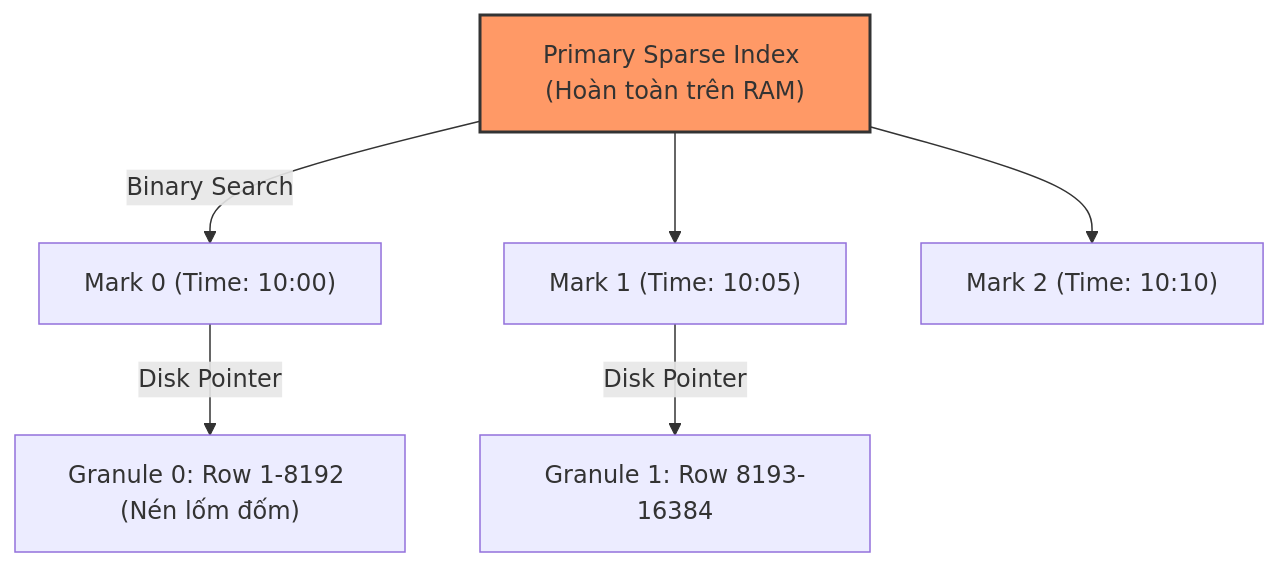
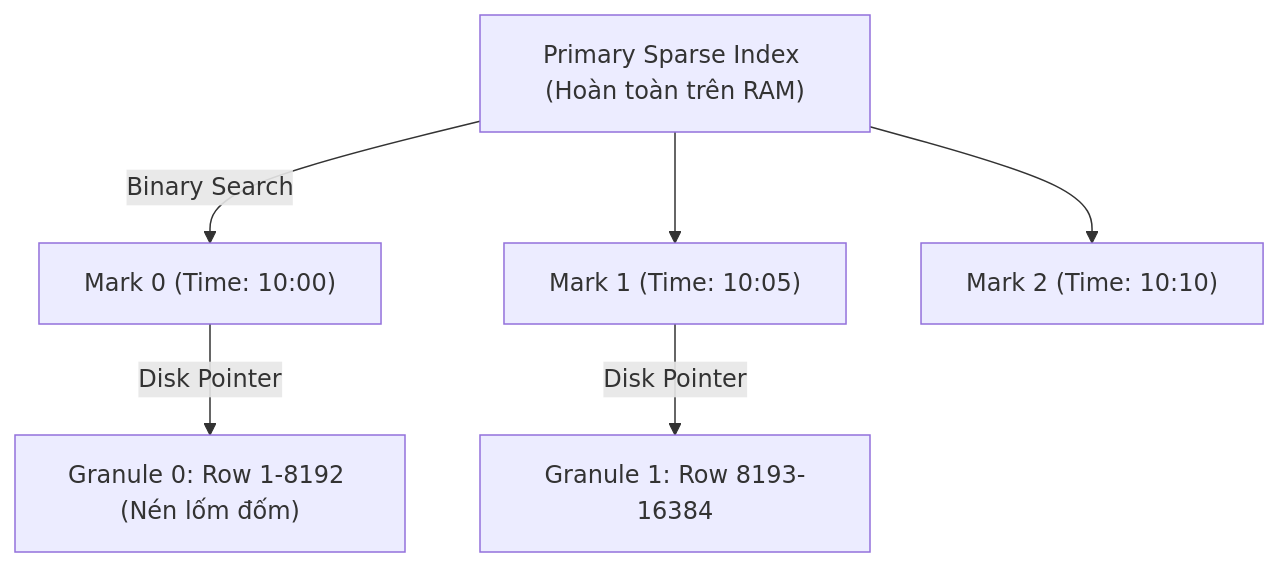
One commit to kythuatdulieu/kythuatdulieu.github.io changed the second of 2 diagrams in src/content/docs/concepts/3-storage-engines-formats/time-series-databases.md. Above: the diagram before and after it, drawn with Mermaid. The commit also changed 682 other files, not shown here.

````diff
--- a/src/content/docs/concepts/3-storage-engines-formats/time-series-databases.md
+++ b/src/content/docs/concepts/3-storage-engines-formats/time-series-databases.md
@@ -99,11 +99,10 @@
 ```mermaid
 flowchart TD
     A["Primary Sparse Index (Hoàn toàn trên RAM)"] -->|Binary Search| B["Mark 0 (Time: 10:00)"]
     A --> C["Mark 1 (Time: 10:05)"]
     A --> D["Mark 2 (Time: 10:10)"]
     
     B -->|Disk Pointer| E["Granule 0: Row 1-8192 (Nén lốm đốm)"]
     C -->|Disk Pointer| F["Granule 1: Row 8193-16384"]
-    
-    style A fill:#f96,stroke:#333,stroke-width:2px
+
 ```
````
